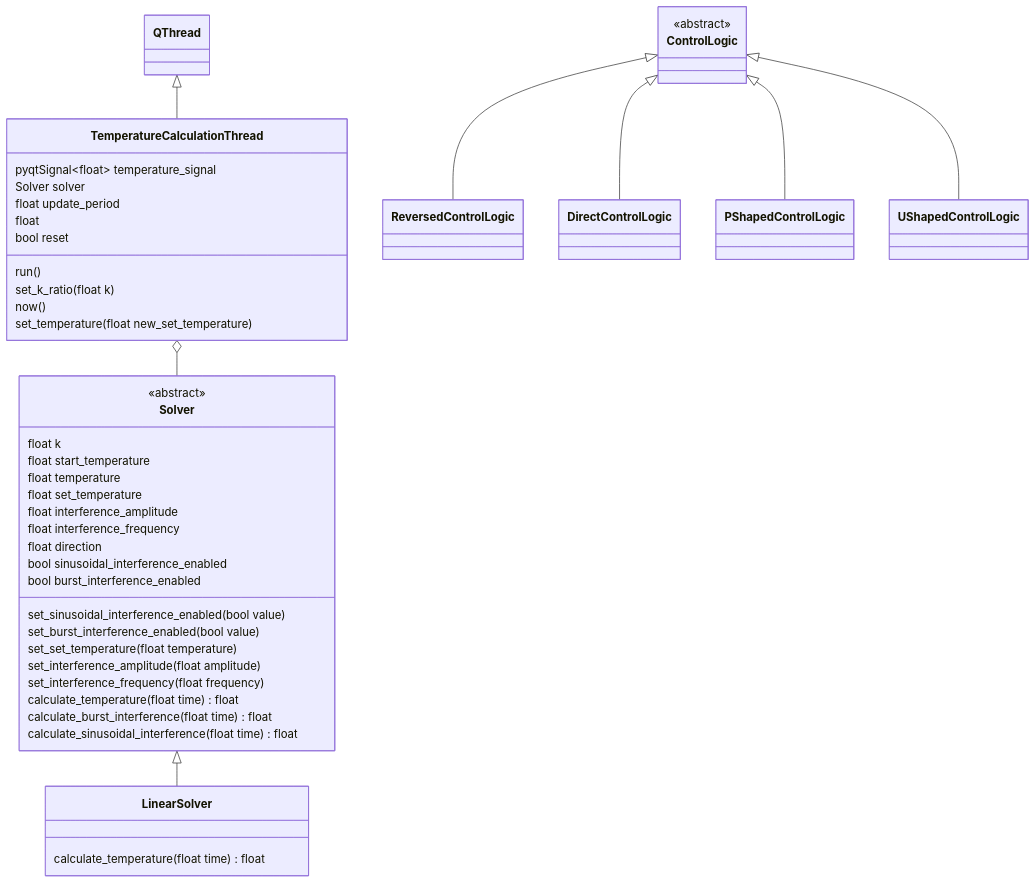
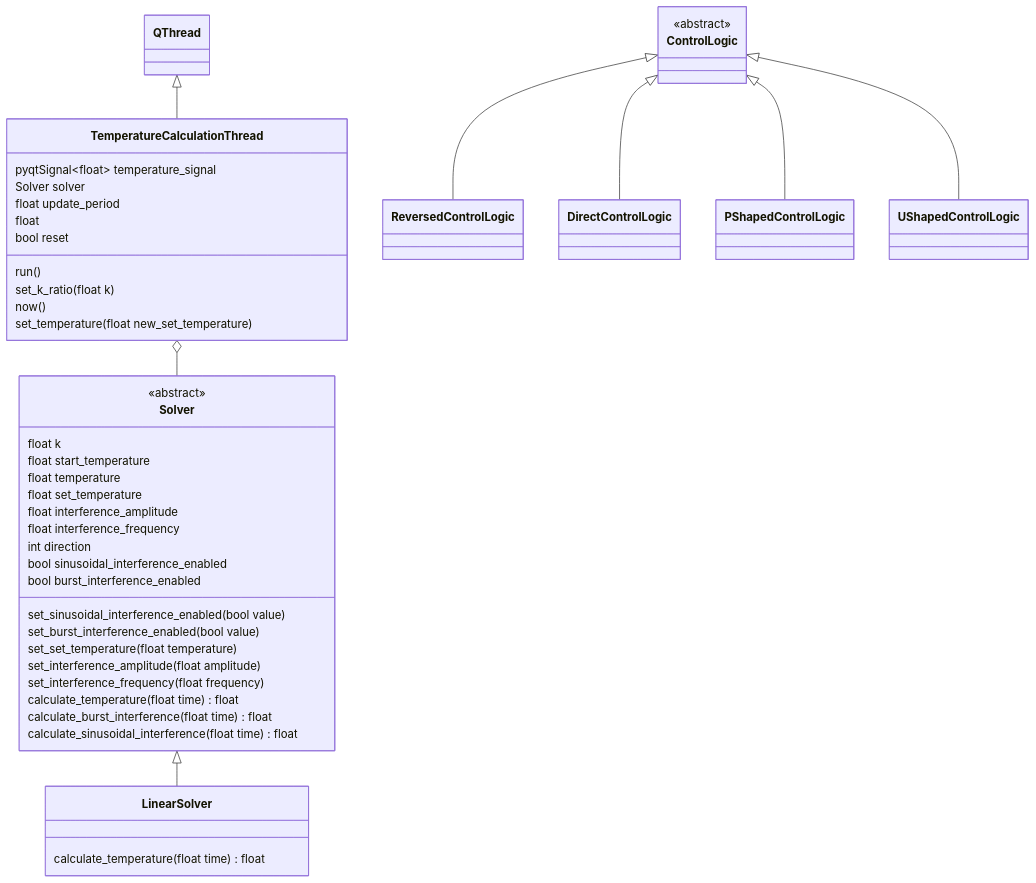
One commit to Marik28/dissertation changed the fourth of 6 diagrams in data/diagrams/диаграмма классов.md. Above: the diagram before and after it, drawn with Mermaid. The commit also changed other lines of this file and 19 other files, not shown here.

````diff
--- a/data/diagrams/диаграмма классов.md
+++ b/data/diagrams/диаграмма классов.md
@@ -271,51 +251,51 @@
 ```mermaid
 classDiagram
     
     class Solver {
         <<abstract>>
         float k
         float start_temperature
         float temperature
         float set_temperature
         float interference_amplitude
         float interference_frequency
-        float direction
+        int direction
         bool sinusoidal_interference_enabled
         bool burst_interference_enabled
         set_sinusoidal_interference_enabled(bool value)
         set_burst_interference_enabled(bool value)
         set_set_temperature(float temperature)
         set_interference_amplitude(float amplitude)
         set_interference_frequency(float frequency)
         calculate_temperature(float time) float
         calculate_burst_interference(float time) float
         calculate_sinusoidal_interference(float time) float
     }
     
     class LinearSolver {
         calculate_temperature(float time) float
     }
     class ControlLogic {
         <<abstract>>
     }
     class TemperatureCalculationThread {
         pyqtSignal~float~ temperature_signal
         Solver solver
         float update_period
         float
         bool reset
         run()
         set_k_ratio(float k)
         now()
         set_temperature(float new_set_temperature)
     }
     
     
     QThread <|-- TemperatureCalculationThread
     TemperatureCalculationThread o-- Solver
     Solver <|-- LinearSolver
     ControlLogic <|-- ReversedControlLogic
     ControlLogic <|-- DirectControlLogic
     ControlLogic <|-- PShapedControlLogic
     ControlLogic <|-- UShapedControlLogic
 ```
````
